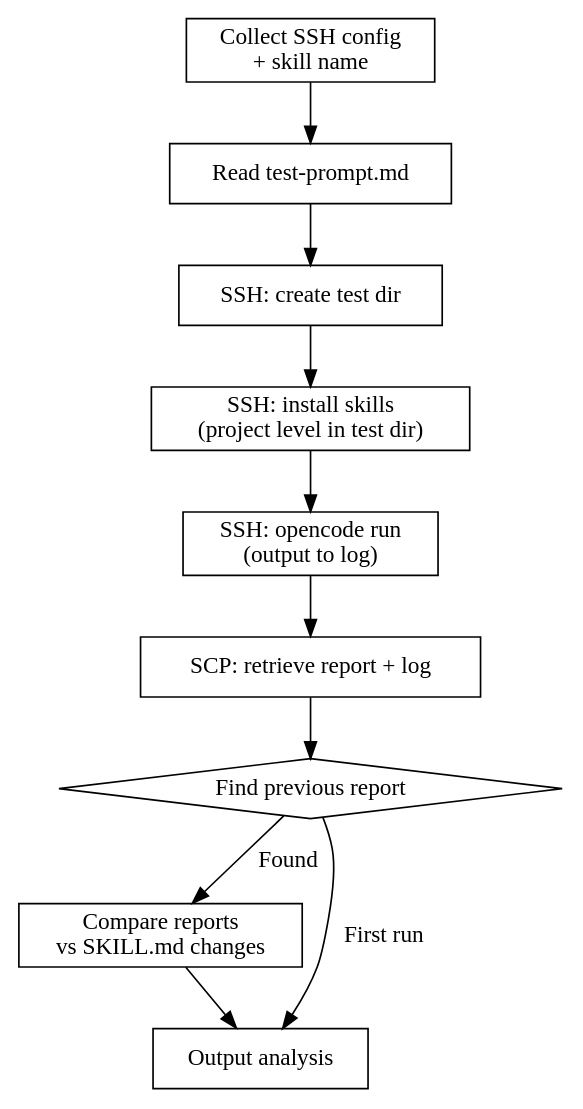
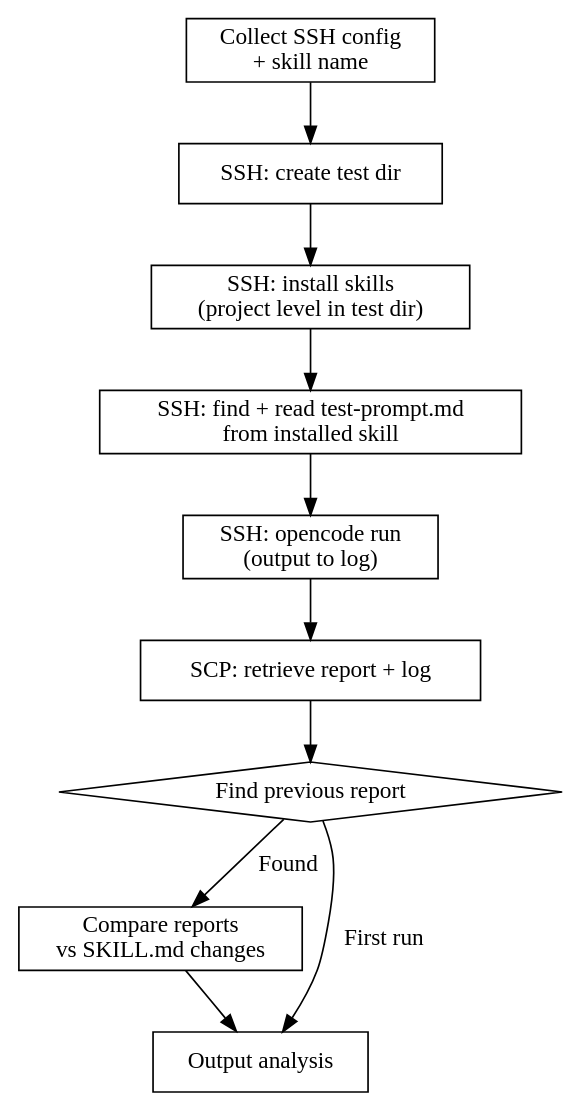
The diagram in others/remote-skill-test/SKILL.md (panlm/skills), drawn with Graphviz before and after one commit. The commit also changed other lines of this file and 2 other files, not shown here.

Commit message:
remote-skill-test: auto-discover test-prompt.md path instead of hardcoding agent skill directory

````diff
--- a/others/remote-skill-test/SKILL.md
+++ b/others/remote-skill-test/SKILL.md
@@ -35,23 +35,23 @@
 ```dot
 digraph test_flow {
     "Collect SSH config\n+ skill name" [shape=box];
-    "Read test-prompt.md" [shape=box];
     "SSH: create test dir" [shape=box];
     "SSH: install skills\n(project level in test dir)" [shape=box];
+    "SSH: find + read test-prompt.md\nfrom installed skill" [shape=box];
     "SSH: opencode run\n(output to log)" [shape=box];
     "SCP: retrieve report + log" [shape=box];
     "Find previous report" [shape=diamond];
     "Compare reports\nvs SKILL.md changes" [shape=box];
     "Output analysis" [shape=box];
 
-    "Collect SSH config\n+ skill name" -> "Read test-prompt.md";
-    "Read test-prompt.md" -> "SSH: create test dir";
+    "Collect SSH config\n+ skill name" -> "SSH: create test dir";
     "SSH: create test dir" -> "SSH: install skills\n(project level in test dir)";
-    "SSH: install skills\n(project level in test dir)" -> "SSH: opencode run\n(output to log)";
+    "SSH: install skills\n(project level in test dir)" -> "SSH: find + read test-prompt.md\nfrom installed skill";
+    "SSH: find + read test-prompt.md\nfrom installed skill" -> "SSH: opencode run\n(output to log)";
     "SSH: opencode run\n(output to log)" -> "SCP: retrieve report + log";
     "SCP: retrieve report + log" -> "Find previous report";
     "Find previous report" -> "Compare reports\nvs SKILL.md changes" [label="Found"];
     "Find previous report" -> "Output analysis" [label="First run"];
     "Compare reports\nvs SKILL.md changes" -> "Output analysis";
 }
 ```
````
